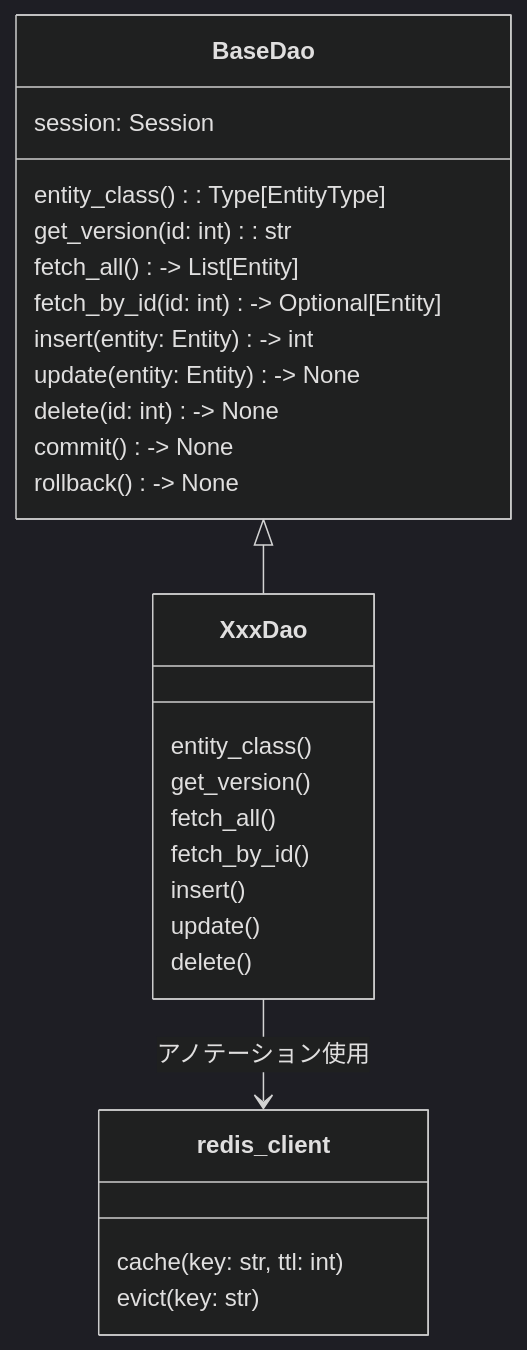
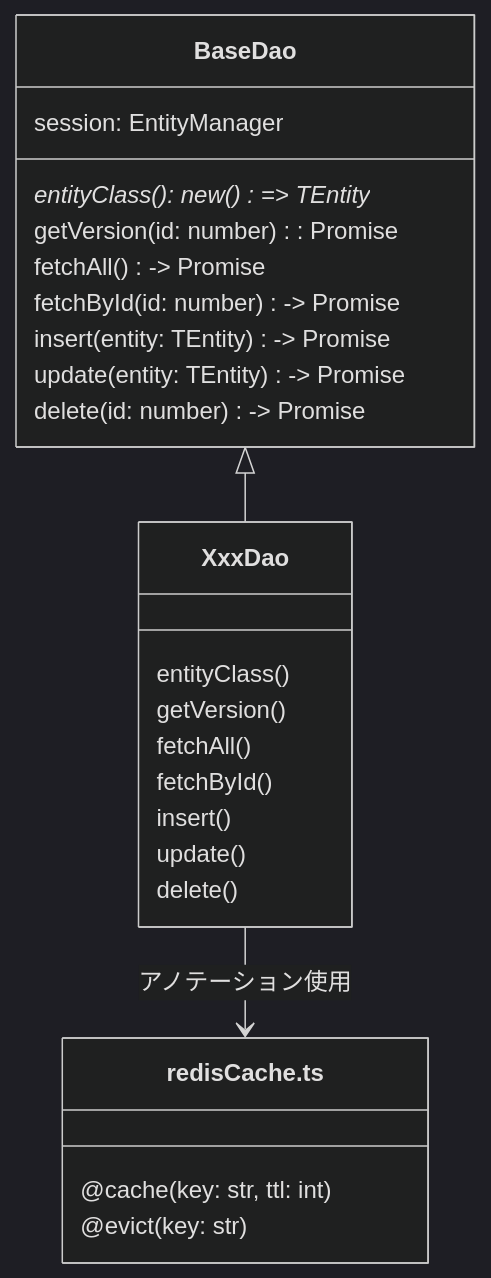
One commit to shuhei1101/allowance-questboard changed the diagram in docs/ja/backend/DAO.md. Above: the diagram before and after it, drawn with Mermaid (dark theme). The commit also changed other lines of this file and 20 other files, not shown here.

````diff
--- a/docs/ja/backend/DAO.md
+++ b/docs/ja/backend/DAO.md
@@ -10,34 +10,32 @@
 ```mermaid
 classDiagram
-    class redis_client {
-      cache(key: str, ttl: int)
-      evict(key: str)
+    class redisCache.ts {
+      @cache(key: str, ttl: int)
+      @evict(key: str)
     }
 
     class BaseDao {
-      session: Session
-      entity_class(): Type[EntityType]
+      session: EntityManager
+      entityClass(): new () => TEntity*
 
-      get_version(id: int): str
-      fetch_all() -> List[Entity]
-      fetch_by_id(id: int) -> Optional[Entity]
-      insert(entity: Entity) -> int
-      update(entity: Entity) -> None
-      delete(id: int) -> None
-      commit() -> None
-      rollback() -> None
+      getVersion(id: number): Promise<number>
+      fetchAll() -> Promise<TEntity[]>
+      fetchById(id: number) -> Promise<TEntity | null>
+      insert(entity: TEntity) -> Promise<number>
+      update(entity: TEntity) -> Promise<void>
+      delete(id: number) -> Promise<void>
     }
 
     class XxxDao {
-      entity_class()
-      get_version()
-      fetch_all()
-      fetch_by_id()
+      entityClass()
+      getVersion()
+      fetchAll()
+      fetchById()
       insert()
       update()
       delete()
     }
 
     BaseDao <|-- XxxDao
-    XxxDao --> redis_client : アノテーション使用
+    XxxDao --> redisCache.ts : アノテーション使用
 ```
````
